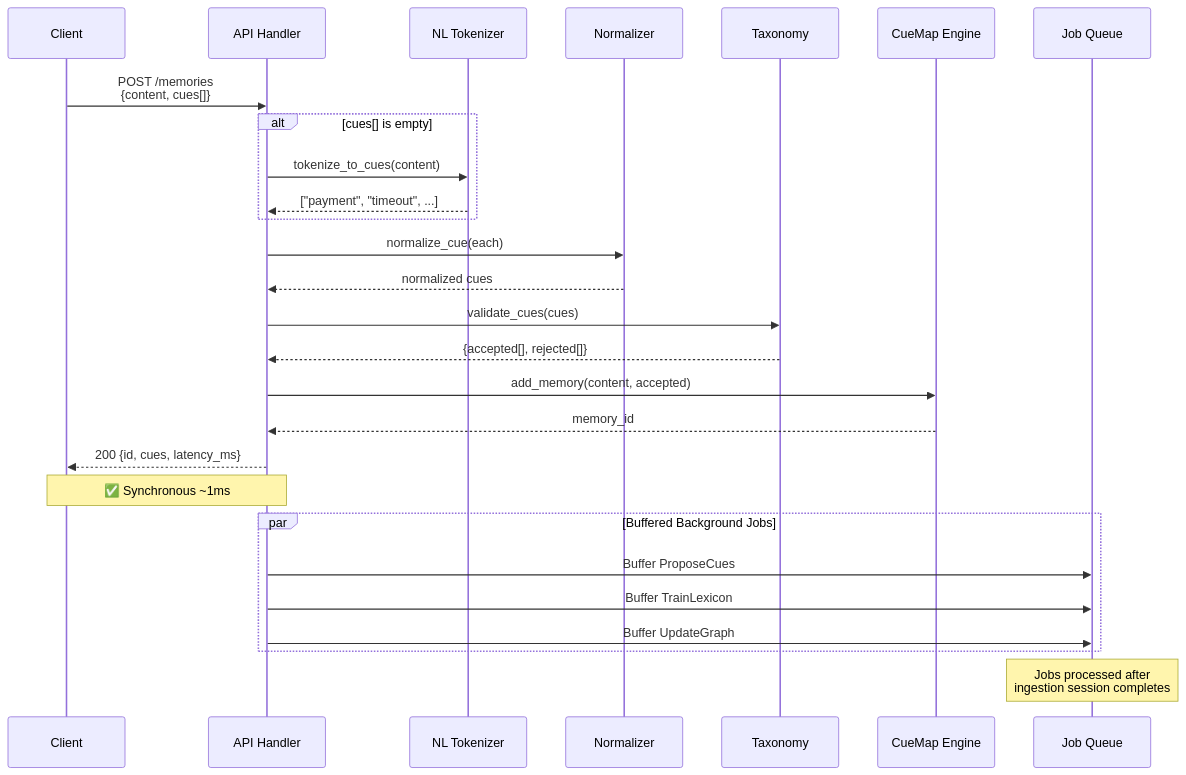
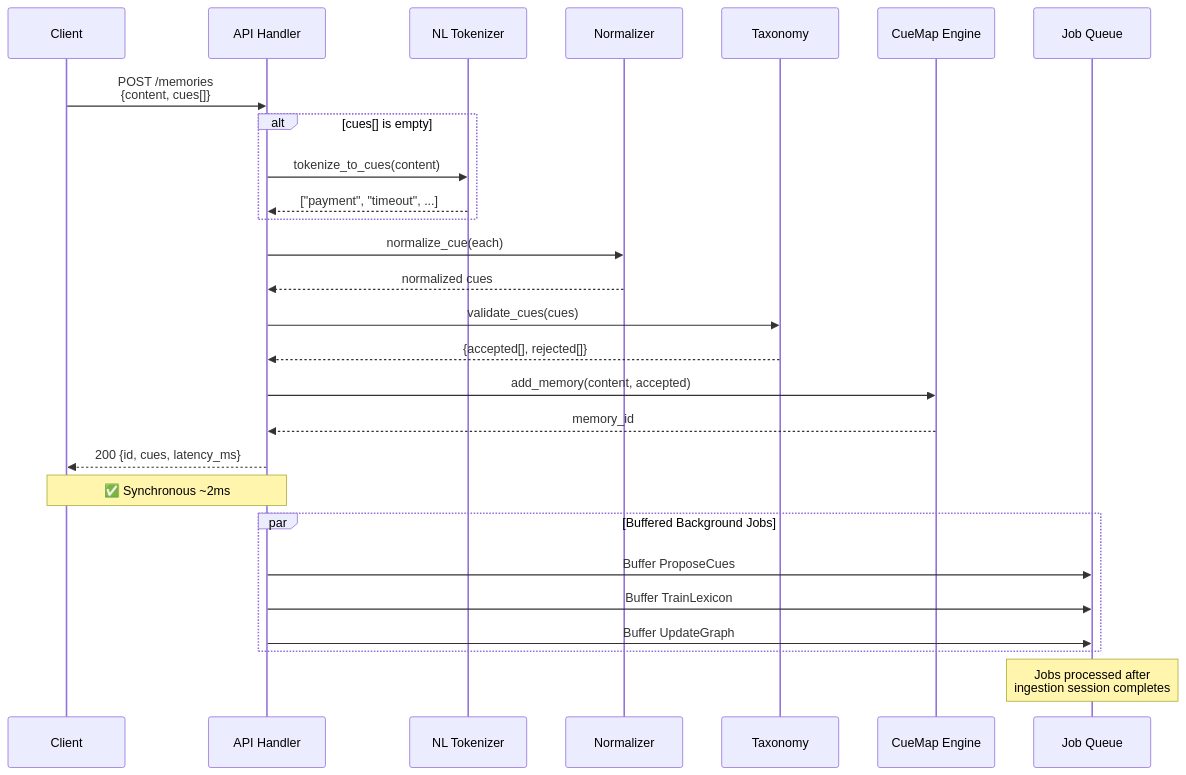
The second of 6 diagrams in README.md (cuemap-dev/cuemap), drawn with Mermaid before and after one commit. The commit also changed other lines of this file and 4 other files, not shown here.

````diff
--- a/README.md
+++ b/README.md
@@ -751,37 +742,37 @@
 ```mermaid
 sequenceDiagram
     participant C as Client
     participant API as API Handler
     participant NL as NL Tokenizer
     participant Norm as Normalizer
     participant Tax as Taxonomy
     participant Main as CueMap Engine
     participant Q as Job Queue
     
     C->>API: POST /memories<br/>{content, cues[]}
     
     alt cues[] is empty
         API->>NL: tokenize_to_cues(content)
         NL-->>API: ["payment", "timeout", ...]
     end
     
     API->>Norm: normalize_cue(each)
     Norm-->>API: normalized cues
     
     API->>Tax: validate_cues(cues)
     Tax-->>API: {accepted[], rejected[]}
     
     API->>Main: add_memory(content, accepted)
     Main-->>API: memory_id
     
     API-->>C: 200 {id, cues, latency_ms}
-    Note over C,API: ✅ Synchronous ~1ms
+    Note over C,API: ✅ Synchronous ~2ms
     
     par Buffered Background Jobs
         API->>Q: Buffer ProposeCues
         API->>Q: Buffer TrainLexicon
         API->>Q: Buffer UpdateGraph
     end
     
     Note over Q: Jobs processed after<br/>ingestion session completes
 ```
````
